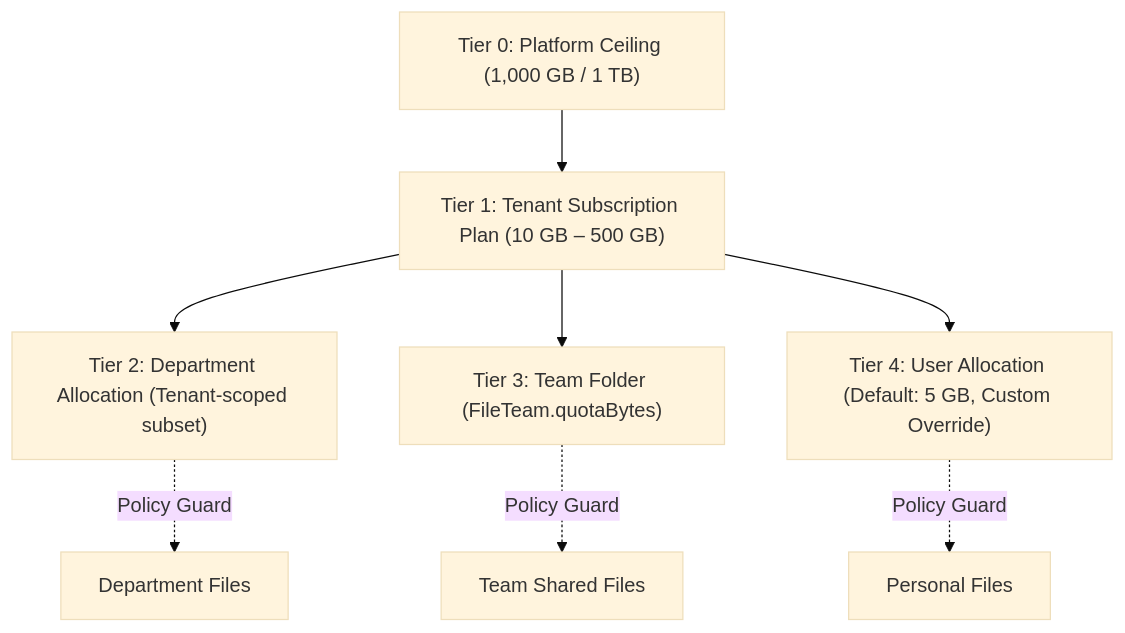
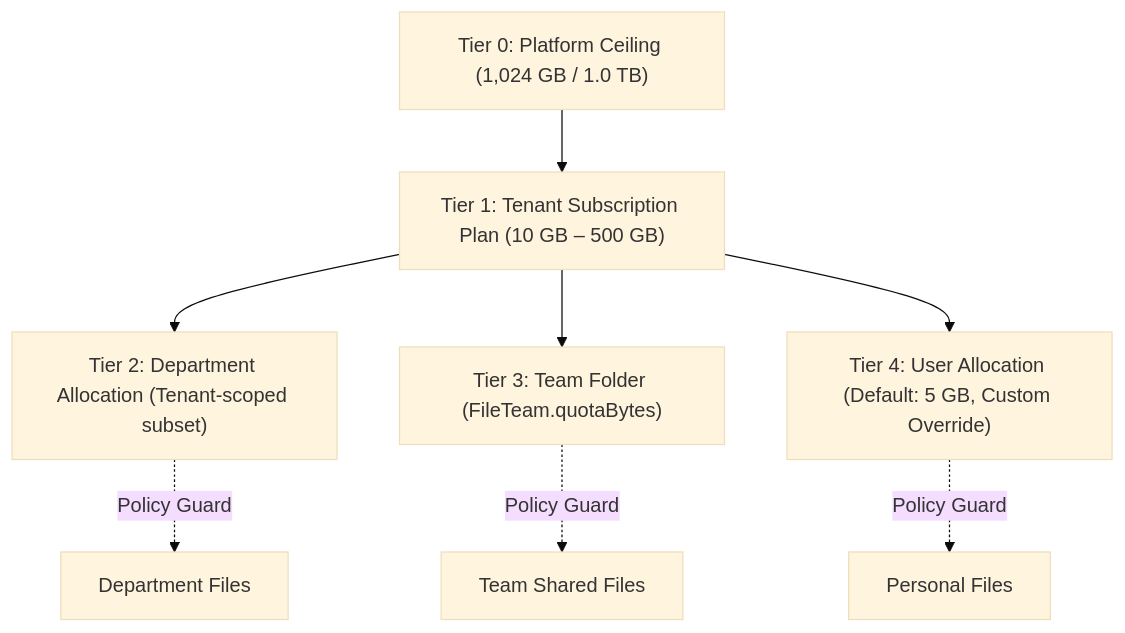
Before and after one commit to Webfamily-06/masterhrms: the diagram in docs/Saas/file-manager/phase-f4/PHASE_F4C_IMPLEMENTATION_PLAN.md, drawn with Mermaid (base theme). The commit also changed other lines of this file and 71 other files, not shown here.

````diff
--- a/docs/Saas/file-manager/phase-f4/PHASE_F4C_IMPLEMENTATION_PLAN.md
+++ b/docs/Saas/file-manager/phase-f4/PHASE_F4C_IMPLEMENTATION_PLAN.md
@@ -42,13 +42,13 @@
 ```mermaid
 graph TD
-    Platform["Tier 0: Platform Ceiling (1,000 GB / 1 TB)"]
+    Platform["Tier 0: Platform Ceiling (1,024 GB / 1.0 TB)"]
     Platform --> Tenant["Tier 1: Tenant Subscription Plan (10 GB – 500 GB)"]
     
     Tenant --> DeptPool["Tier 2: Department Allocation (Tenant-scoped subset)"]
     Tenant --> TeamPool["Tier 3: Team Folder (FileTeam.quotaBytes)"]
     Tenant --> UserPool["Tier 4: User Allocation (Default: 5 GB, Custom Override)"]
     
     DeptPool -.->|Policy Guard| FileDept["Department Files"]
     TeamPool -.->|Policy Guard| FileTeamObj["Team Shared Files"]
     UserPool -.->|Policy Guard| FileUser["Personal Files"]
 ```
````
